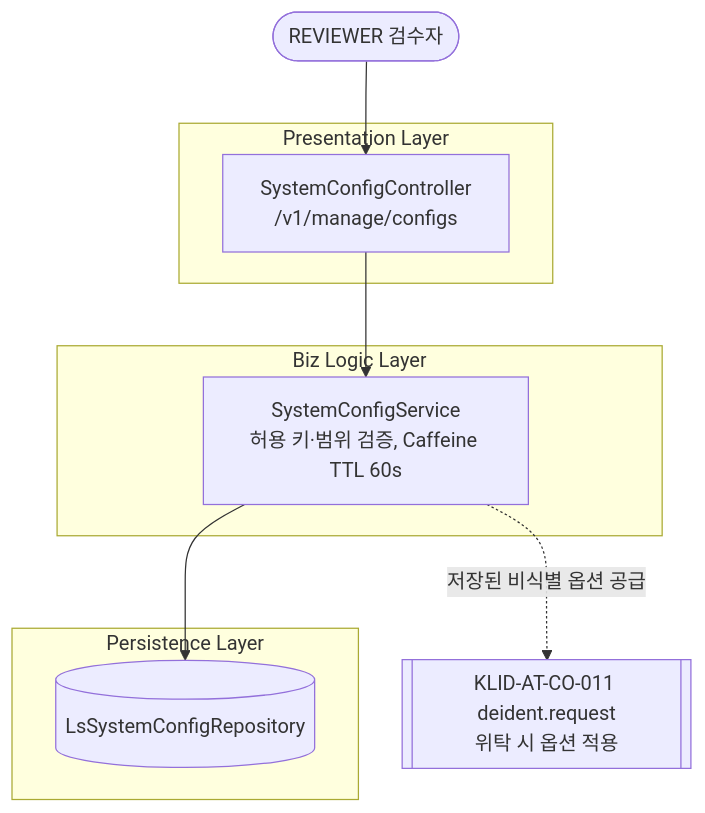
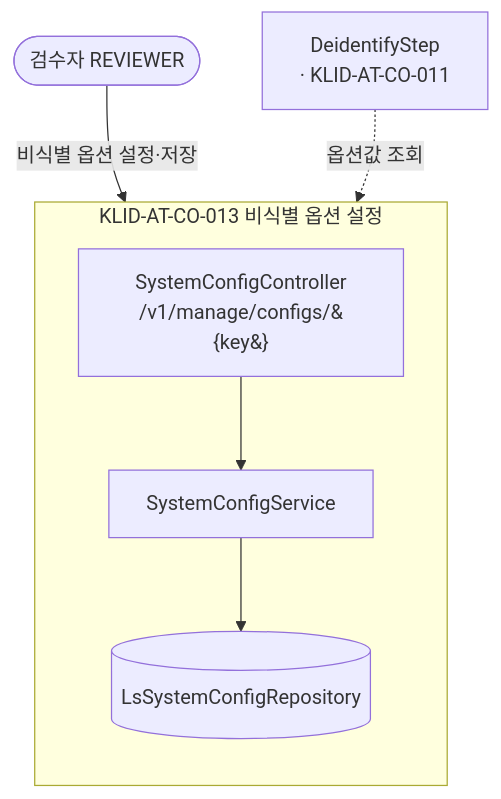
Before and after one commit to New-stella/klid-label: diagram 12 of 13 in docs/design/D3-컴포넌트설계서.md, drawn with Mermaid. The commit also changed other lines of this file and 6 other files, not shown here.

````diff
--- a/docs/design/D3-컴포넌트설계서.md
+++ b/docs/design/D3-컴포넌트설계서.md
@@ -445,20 +322,15 @@
 ```mermaid
-flowchart TB
-  REVIEWER([REVIEWER 검수자])
-  CO011[["KLID-AT-CO-011 deident.request<br/>위탁 시 옵션 적용"]]
-
-  subgraph Presentation [Presentation Layer]
-    CfgCtrl[SystemConfigController<br/>/v1/manage/configs]
-  end
-  subgraph Biz [Biz Logic Layer]
-    CfgSvc[SystemConfigService<br/>허용 키·범위 검증, Caffeine TTL 60s]
-  end
-  subgraph Persistence [Persistence Layer]
-    CfgRepo[(LsSystemConfigRepository)]
-  end
-
-  REVIEWER --> CfgCtrl
-  CfgCtrl --> CfgSvc
-  CfgSvc --> CfgRepo
-  CfgSvc -.저장된 비식별 옵션 공급.-> CO011
+flowchart TD
+    REVIEWER([검수자 REVIEWER])
+    subgraph CO013[KLID-AT-CO-013 비식별 옵션 설정]
+        direction TB
+        SCC[SystemConfigController<br/>/v1/manage/configs/&#123;key&#125;]
+        SCS[SystemConfigService]
+        LSC[(LsSystemConfigRepository)]
+        SCC --> SCS
+        SCS --> LSC
+    end
+    DS[DeidentifyStep<br/>· KLID-AT-CO-011]
+    REVIEWER -->|비식별 옵션 설정·저장| SCC
+    DS -.->|옵션값 조회| SCS
 ```
````
